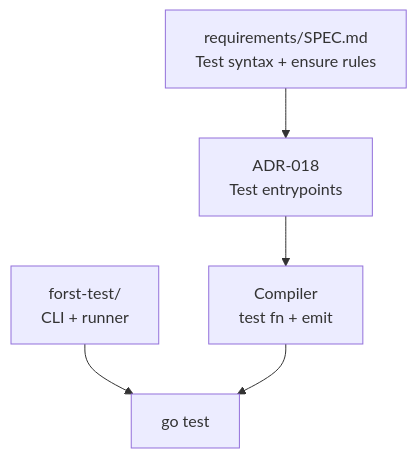
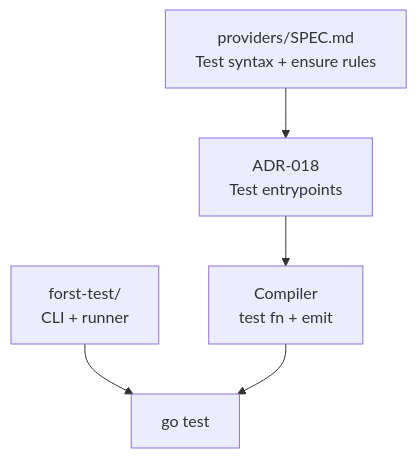
The diagram in examples/in/rfc/forst-test/README.md (forst-lang/forst), drawn with Mermaid before and after one commit. The commit also changed other lines of this file and 34 other files, not shown here.

First line of the commit message:
refactor(examples): rename requirements RFC directory to providers

````diff
--- a/examples/in/rfc/forst-test/README.md
+++ b/examples/in/rfc/forst-test/README.md
@@ -15,12 +15,12 @@
 ```mermaid
 flowchart TB
-  ReqSPEC["requirements/SPEC.md\nTest syntax + ensure rules"]
+  ReqSPEC["providers/SPEC.md\nTest syntax + ensure rules"]
   ADR018["ADR-018\nTest entrypoints"]
   TestRFC["forst-test/\nCLI + runner"]
   Compiler["Compiler\ntest fn + emit"]
   GoTest["go test"]
   ReqSPEC --> ADR018
   ADR018 --> Compiler
   TestRFC --> GoTest
   Compiler --> GoTest
 ```
````
